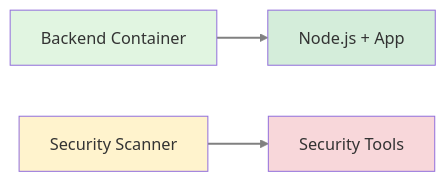
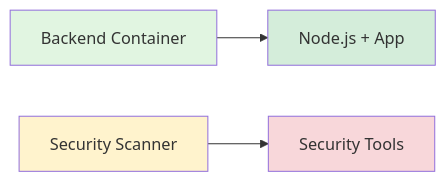
One commit to altrupets/monorepo changed the first of 2 diagrams in docs/content/devsecops/security-scanner.md. Above: the diagram before and after it, drawn with Mermaid.

Commit message:
fix(docs): corregir sintaxis Mermaid en security-scanner
- Node.js + App entre comillas
- Removido linkStyle incorrecto

````diff
--- a/docs/content/devsecops/security-scanner.md
+++ b/docs/content/devsecops/security-scanner.md
@@ -11,12 +11,10 @@
 ```mermaid
 graph LR
-    A[Backend Container] --> B[Node.js + App]
+    A[Backend Container] --> B["Node.js + App"]
     C[Security Scanner] --> D[Security Tools]
 
     style A fill:#e1f5e1
+    style B fill:#d4edda
     style C fill:#fff3cd
-    style B fill:#d4edda
     style D fill:#f8d7da
-
-    linkStyle 0,1 stroke-width:2px,fill:none,stroke:gray
 ```
````
